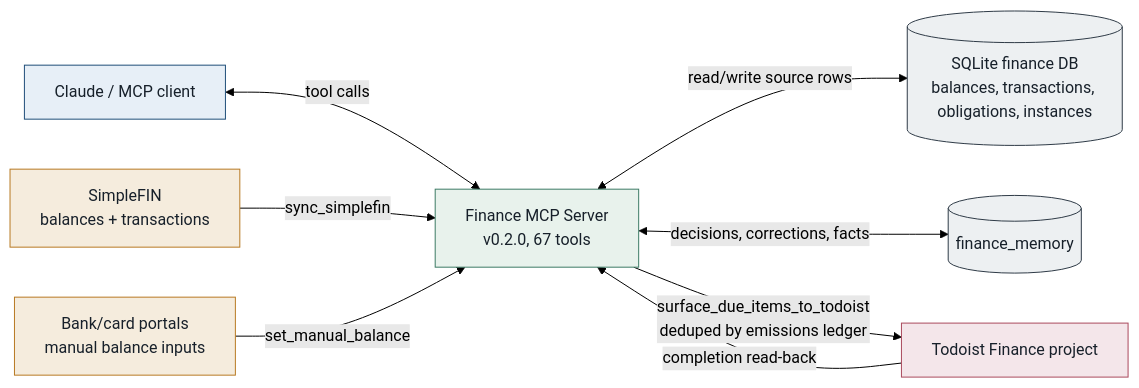
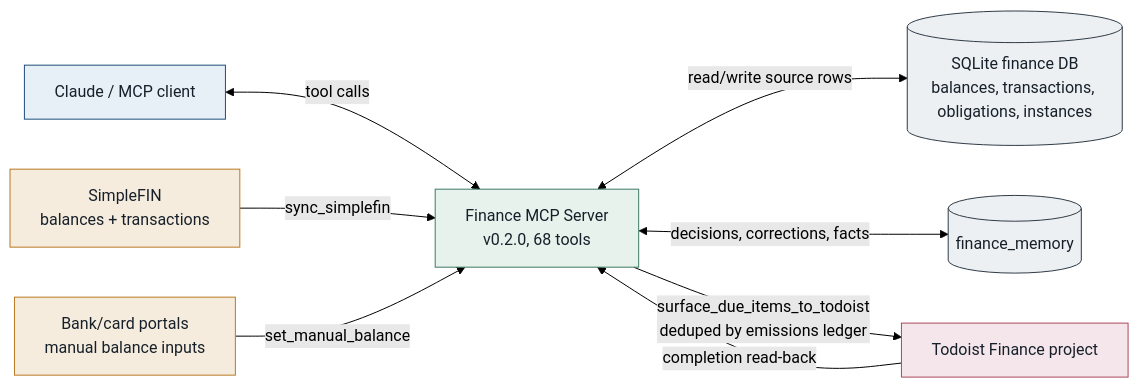
One commit to albeorla/personal-finance-agent changed the first of 2 diagrams in README.md. Above: the diagram before and after it, drawn with Mermaid (forest theme). The commit also changed other lines of this file and 6 other files, not shown here.

````diff
--- a/README.md
+++ b/README.md
@@ -13,24 +13,24 @@
 ```mermaid
 flowchart LR
-    Claude["Claude / MCP client"] <-->|"tool calls"| Server["Finance MCP Server<br/>v0.2.0, 67 tools"]
+    Claude["Claude / MCP client"] <-->|"tool calls"| Server["Finance MCP Server<br/>v0.2.0, 68 tools"]
 
     SimpleFIN["SimpleFIN<br/>balances + transactions"] -->|"sync_simplefin"| Server
     Portals["Bank/card portals<br/>manual balance inputs"] -->|"set_manual_balance"| Server
 
     Server <-->|"read/write source rows"| SQLite[("SQLite finance DB<br/>balances, transactions, obligations, instances")]
     Server <-->|"decisions, corrections, facts"| Memory[("finance_memory")]
 
     Server -->|"surface_due_items_to_todoist<br/>deduped by emissions ledger"| Todoist["Todoist Finance project"]
     Todoist -->|"completion read-back"| Server
 
     classDef client fill:#e7eff7,stroke:#1f4e79,color:#17202a
     classDef server fill:#e8f2ec,stroke:#3d7b65,color:#17202a
     classDef source fill:#f5ecdd,stroke:#b87922,color:#17202a
     classDef output fill:#f4e6ea,stroke:#aa4a5d,color:#17202a
     classDef store fill:#edf0f2,stroke:#2f3b47,color:#17202a
     class Claude client
     class Server server
     class SimpleFIN,Portals source
     class Todoist output
     class SQLite,Memory store
 ```
````
